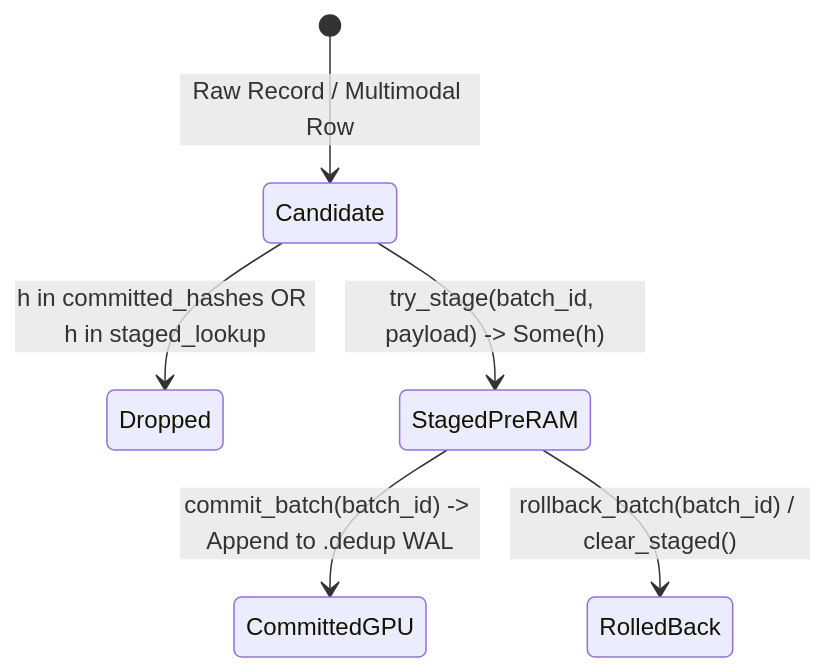
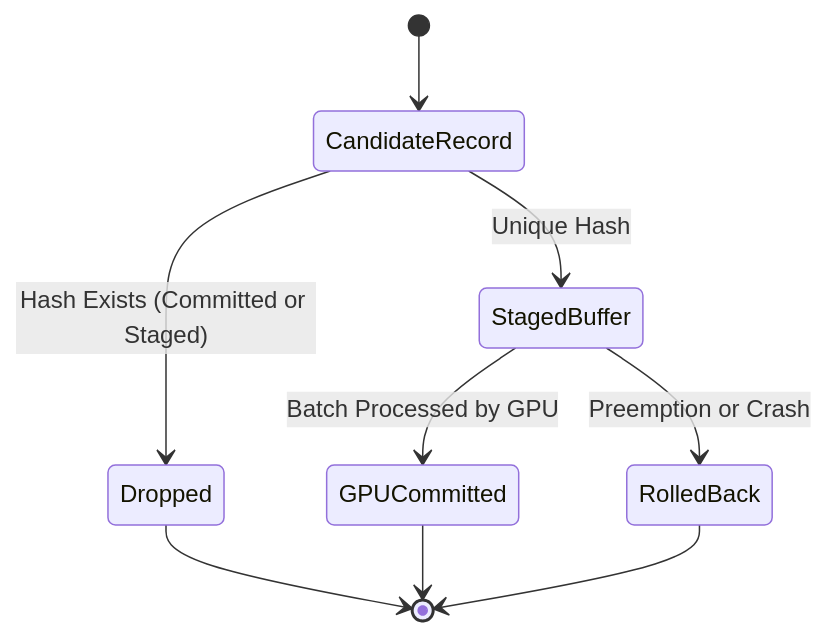
One commit to cloverx-id/luminamoon changed the diagram in docs/dataloader/dedup/README.md. Above: the diagram before and after it, drawn with Mermaid. The commit also changed 33 other files, not shown here.

Commit message:
change diagram style

````diff
--- a/docs/dataloader/dedup/README.md
+++ b/docs/dataloader/dedup/README.md
@@ -17,8 +17,11 @@
 ```mermaid
 stateDiagram-v2
-    [*] --> Candidate: Raw Record / Multimodal Row
-    Candidate --> Dropped: h in committed_hashes OR h in staged_lookup
-    Candidate --> StagedPreRAM: try_stage(batch_id, payload) -> Some(h)
-    StagedPreRAM --> CommittedGPU: commit_batch(batch_id) -> Append to .dedup WAL
-    StagedPreRAM --> RolledBack: rollback_batch(batch_id) / clear_staged()
+    [*] --> CandidateRecord
+    CandidateRecord --> Dropped : Hash Exists (Committed or Staged)
+    CandidateRecord --> StagedBuffer : Unique Hash
+    StagedBuffer --> GPUCommitted : Batch Processed by GPU
+    StagedBuffer --> RolledBack : Preemption or Crash
+    GPUCommitted --> [*]
+    Dropped --> [*]
+    RolledBack --> [*]
 ```
````
